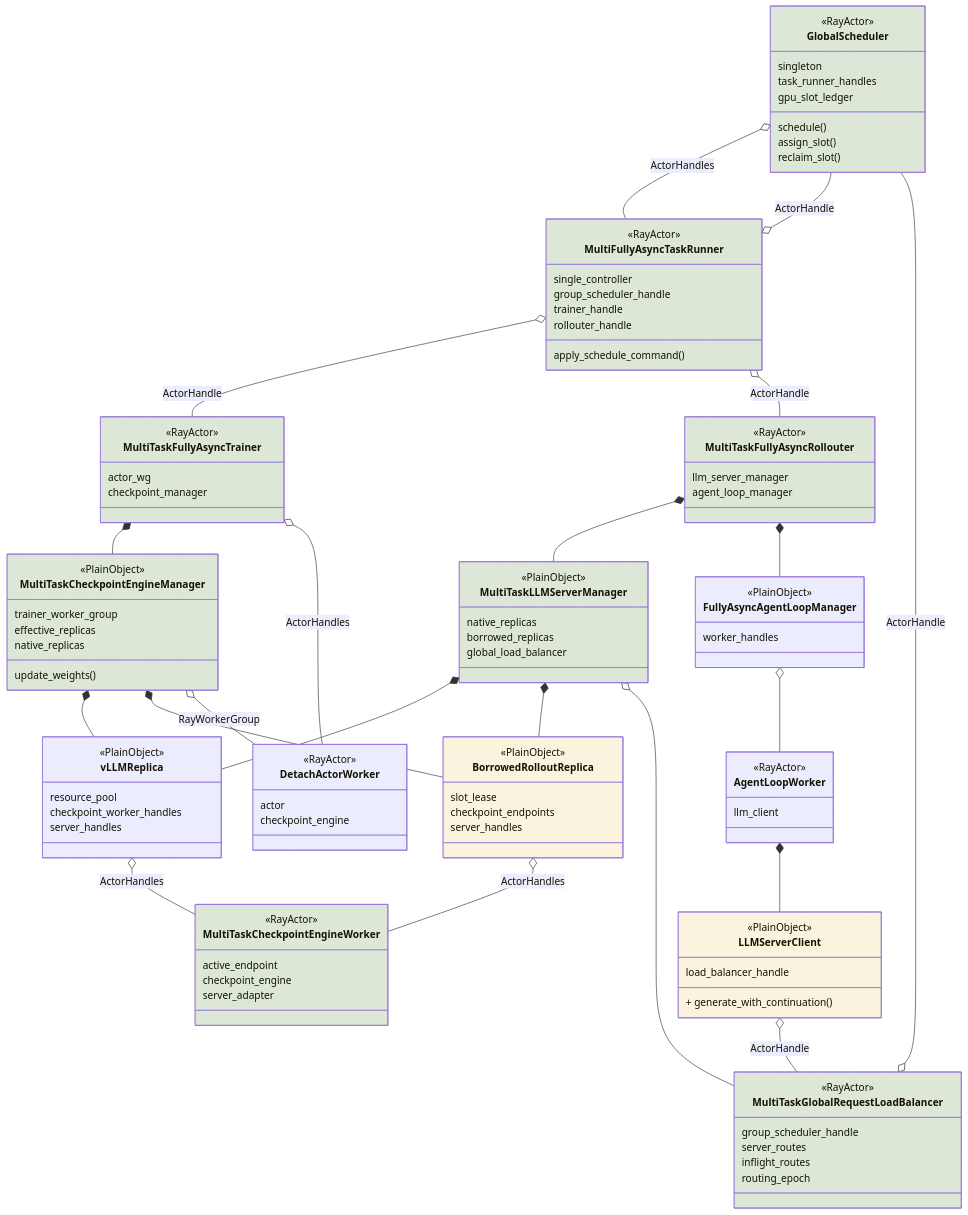
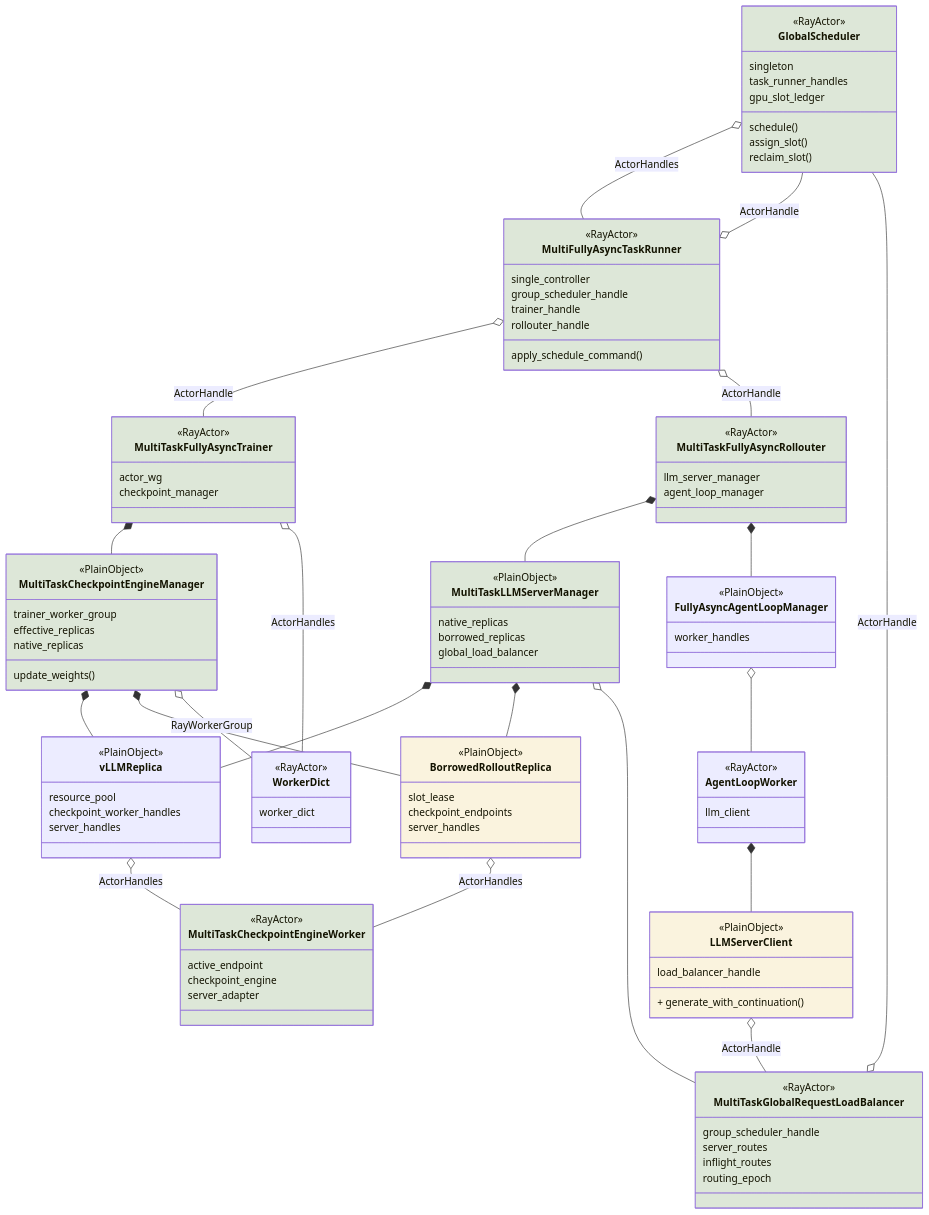
One commit to niuypei/multi_task_verl changed the fourth of 9 diagrams in multi_task_scheduler/多RL任务资源共享调度RFC.md. Above: the diagram before and after it, drawn with Mermaid. The commit also changed other lines of this file and 8 other files, not shown here.

Commit message:
docs: explain Ray worker binding and deployment views

```diff
--- a/multi_task_scheduler/多RL任务资源共享调度RFC.md
+++ b/multi_task_scheduler/多RL任务资源共享调度RFC.md
@@ -710,10 +732,9 @@
       <<RayActor>>
       llm_client
     }
-    class DetachActorWorker {
+    class WorkerDict {
       <<RayActor>>
-      actor
-      checkpoint_engine
+      worker_dict
     }
     class LLMServerClient:::yellowClass {
       <<PlainObject>>
@@ -731,8 +752,8 @@
     MultiTaskFullyAsyncTrainer *-- MultiTaskCheckpointEngineManager
     MultiTaskCheckpointEngineManager *-- vLLMReplica
     MultiTaskCheckpointEngineManager *-- BorrowedRolloutReplica
-    MultiTaskFullyAsyncTrainer o-- DetachActorWorker : ActorHandles
-    MultiTaskCheckpointEngineManager o-- DetachActorWorker : RayWorkerGroup
+    MultiTaskFullyAsyncTrainer o-- WorkerDict : ActorHandles
+    MultiTaskCheckpointEngineManager o-- WorkerDict : RayWorkerGroup
 
     MultiTaskFullyAsyncRollouter *-- MultiTaskLLMServerManager
     MultiTaskFullyAsyncRollouter *-- FullyAsyncAgentLoopManager
```
